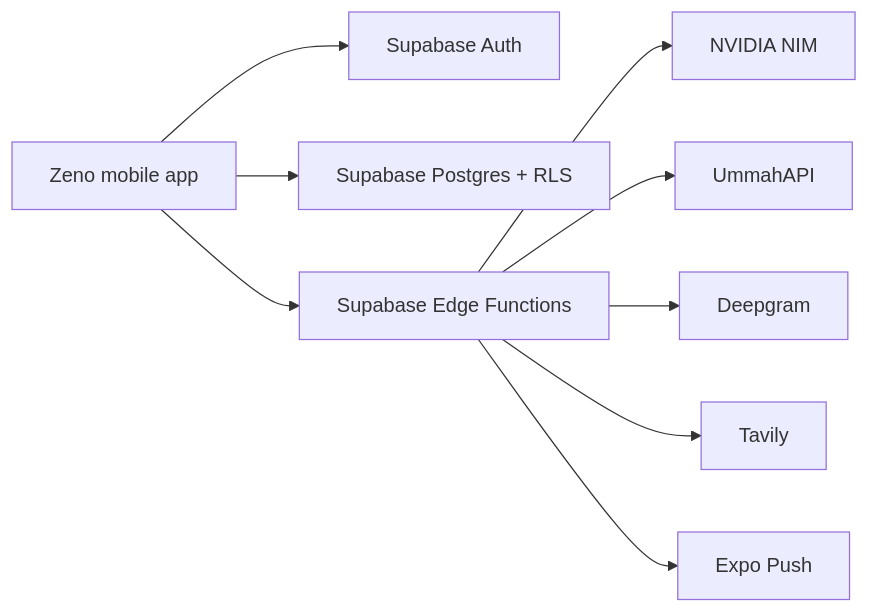
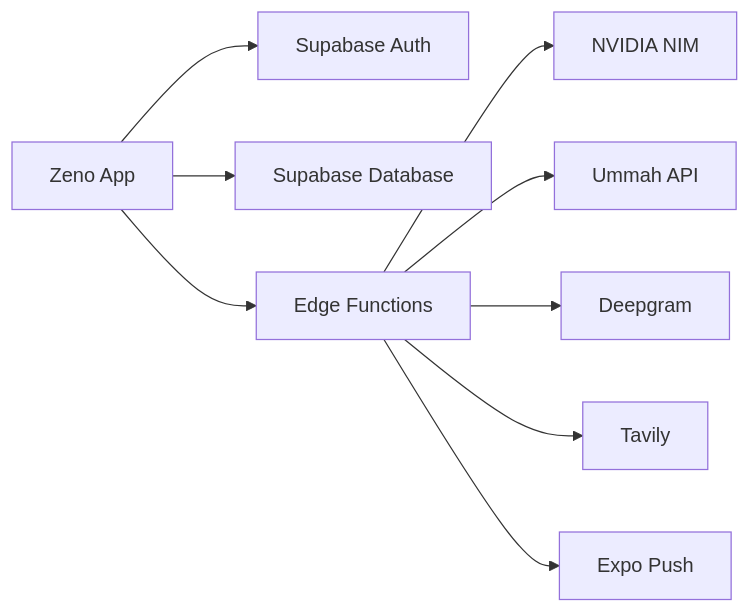
Before and after one commit to nofilkhan1/Zeno-AI: the diagram in README.md, drawn with Mermaid. The commit also changed other lines of this file and 2 other files, not shown here.

Commit message:
docs: simplify Mermaid diagrams for GitHub

````diff
--- a/README.md
+++ b/README.md
@@ -79,11 +79,11 @@
 ```mermaid
-flowchart LR
-  App["Zeno mobile app"] --> Auth["Supabase Auth"]
-  App --> DB["Supabase Postgres + RLS"]
-  App --> Fn["Supabase Edge Functions"]
-  Fn --> NIM["NVIDIA NIM"]
-  Fn --> Ummah["UmmahAPI"]
-  Fn --> Deepgram["Deepgram"]
-  Fn --> Tavily["Tavily"]
-  Fn --> Push["Expo Push"]
+graph LR
+  A[Zeno App] --> B[Supabase Auth]
+  A --> C[Supabase Database]
+  A --> D[Edge Functions]
+  D --> E[NVIDIA NIM]
+  D --> F[Ummah API]
+  D --> G[Deepgram]
+  D --> H[Tavily]
+  D --> I[Expo Push]
 ```
````
